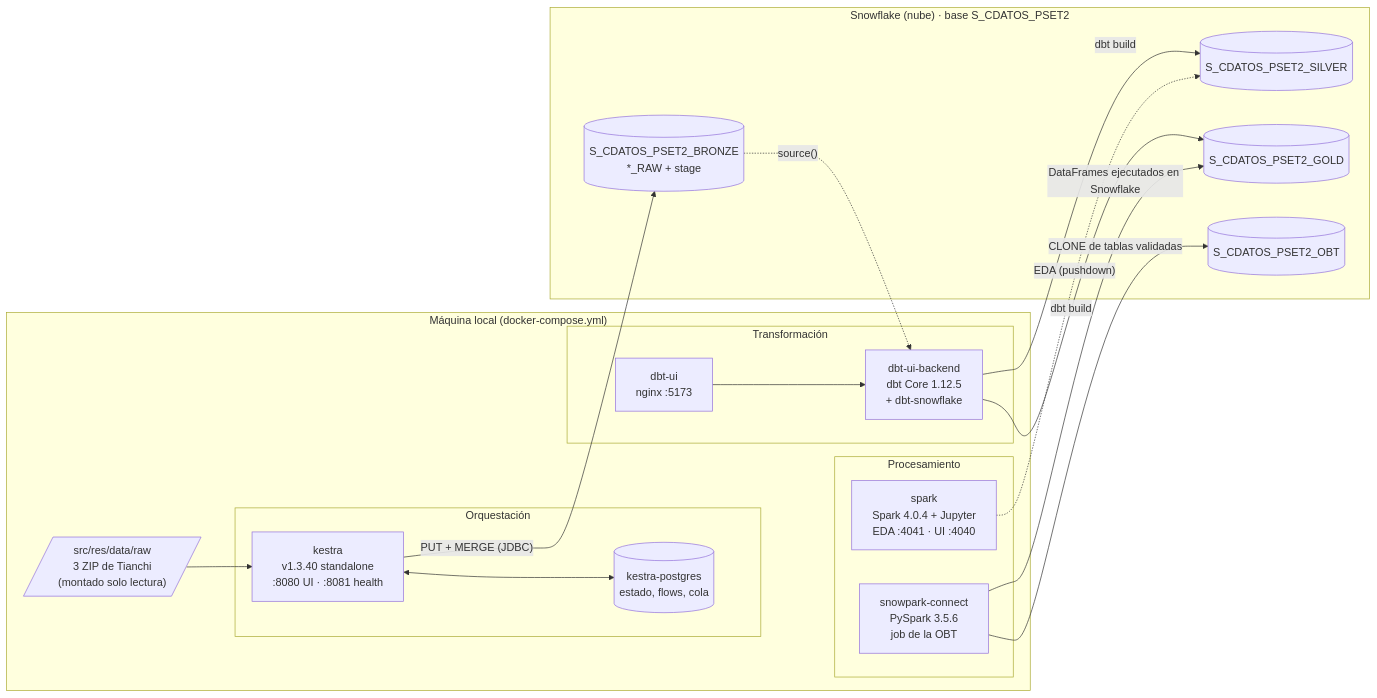
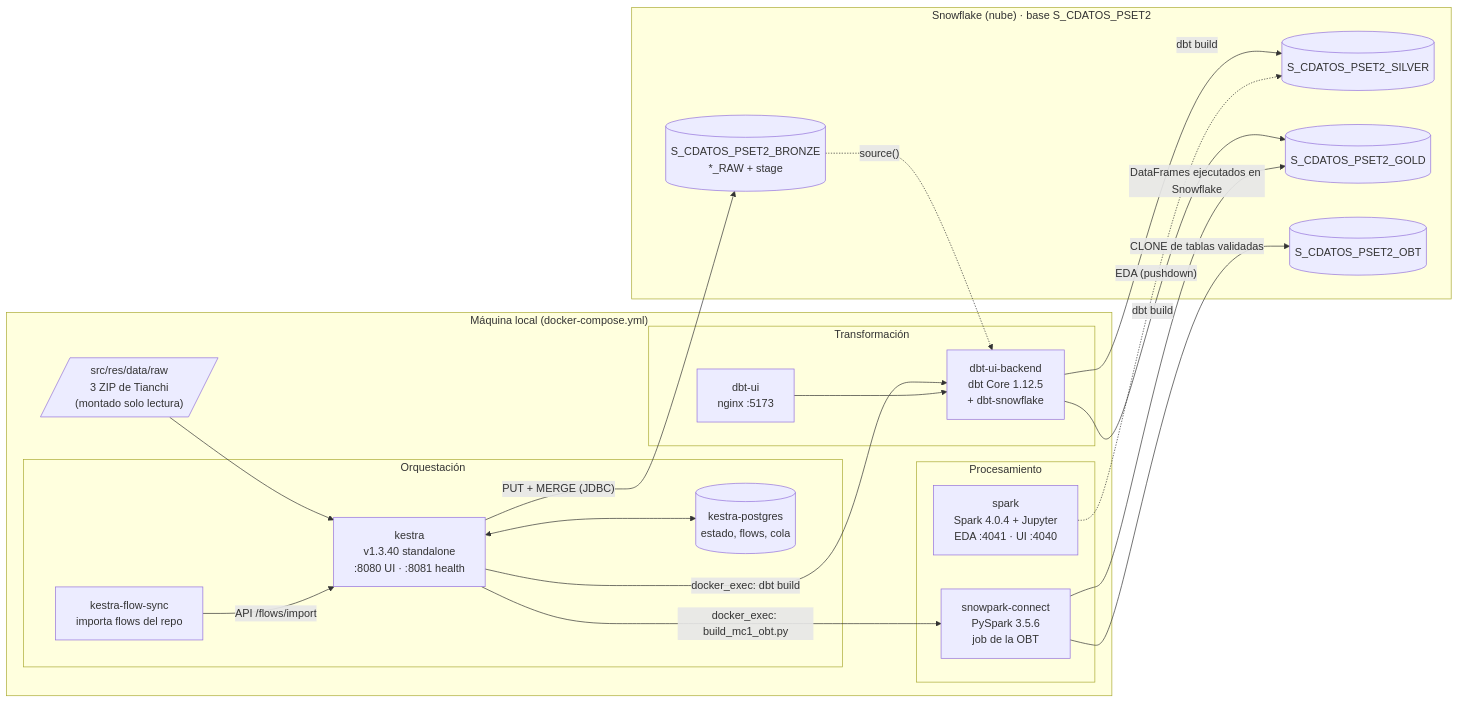
One commit to Volv1t3/Ciencia-De-Datos changed the first of 2 diagrams in src/main/psets/pset_2/docs/01_arquitectura.md. Above: the diagram before and after it, drawn with Mermaid. The commit also changed other lines of this file and 27 other files, not shown here.

First line of the commit message:
docs(pset2): documentar trigger, backfill y orquestacion; diagramas exportados

````diff
--- a/src/main/psets/pset_2/docs/01_arquitectura.md
+++ b/src/main/psets/pset_2/docs/01_arquitectura.md
@@ -7,34 +7,38 @@
 ```mermaid
 flowchart LR
     subgraph HOST["Máquina local (docker-compose.yml)"]
         RAW[/"src/res/data/raw<br/>3 ZIP de Tianchi<br/>(montado solo lectura)"/]
         subgraph KES["Orquestación"]
             K["kestra<br/>v1.3.40 standalone<br/>:8080 UI · :8081 health"]
             PG[("kestra-postgres<br/>estado, flows, cola")]
+            FS["kestra-flow-sync<br/>importa flows del repo"]
         end
         subgraph DBT["Transformación"]
             DUI["dbt-ui<br/>nginx :5173"]
             DBE["dbt-ui-backend<br/>dbt Core 1.12.5<br/>+ dbt-snowflake"]
         end
         subgraph SPK["Procesamiento"]
             SP["spark<br/>Spark 4.0.4 + Jupyter<br/>EDA :4041 · UI :4040"]
             SC["snowpark-connect<br/>PySpark 3.5.6<br/>job de la OBT"]
         end
     end
     subgraph SF["Snowflake (nube) · base S_CDATOS_PSET2"]
         BR[("S_CDATOS_PSET2_BRONZE<br/>*_RAW + stage")]
         SI[("S_CDATOS_PSET2_SILVER")]
         GO[("S_CDATOS_PSET2_GOLD")]
         OB[("S_CDATOS_PSET2_OBT")]
     end
     RAW --> K
     K <--> PG
+    FS -- "API /flows/import" --> K
+    K -- "docker_exec: dbt build" --> DBE
+    K -- "docker_exec: build_mc1_obt.py" --> SC
     K -- "PUT + MERGE (JDBC)" --> BR
     DUI --> DBE
     DBE -- "dbt build" --> SI
     DBE -- "dbt build" --> GO
     BR -. source() .-> DBE
     SC -- "DataFrames ejecutados en Snowflake" --> GO
     SC -- "CLONE de tablas validadas" --> OB
     SP -. "EDA (pushdown)" .-> SI
 ```
````
